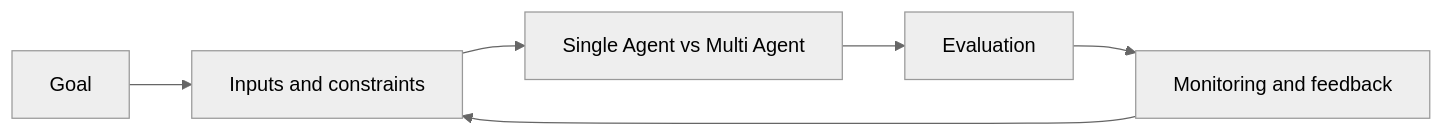
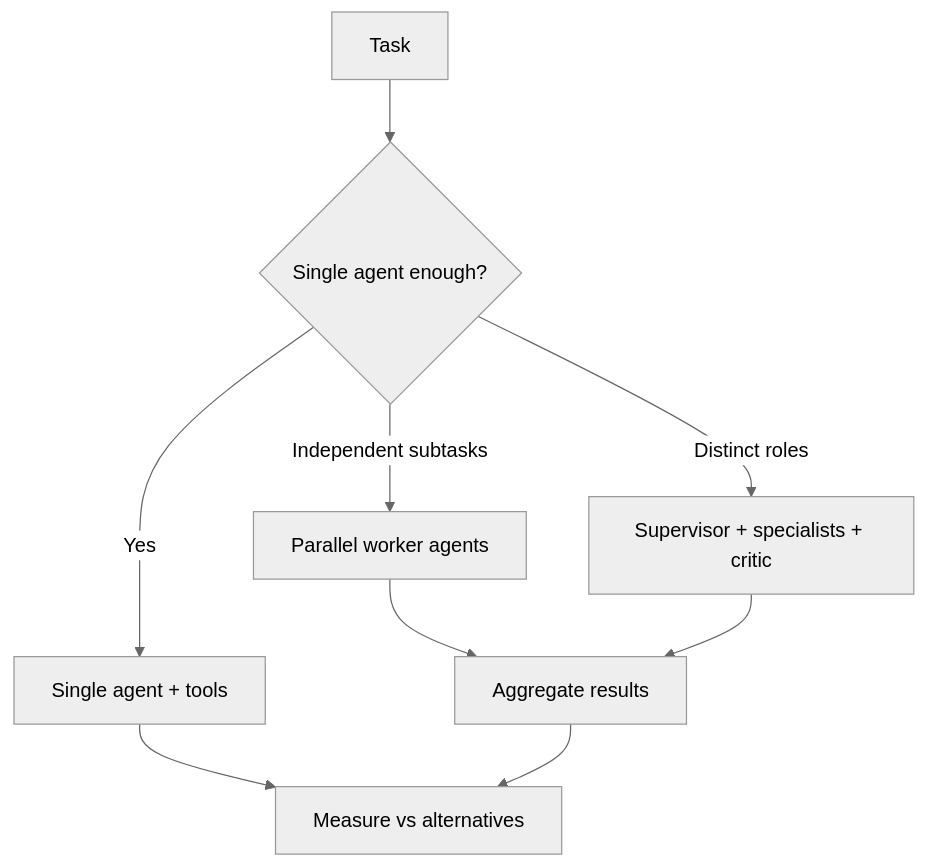
Before and after one commit to Icon1cc/Machine-Learning: the diagram in agents/06-single-agent-vs-multi-agent.md, drawn with Mermaid (neutral theme). The commit also changed other lines of this file and 118 other files, not shown here.

````diff
--- a/agents/06-single-agent-vs-multi-agent.md
+++ b/agents/06-single-agent-vs-multi-agent.md
@@ -93,8 +73,11 @@
 ```mermaid
-flowchart LR
-    A[Goal] --> B[Inputs and constraints]
-    B --> C[Single Agent vs Multi Agent]
-    C --> D[Evaluation]
-    D --> E[Monitoring and feedback]
-    E --> B
+flowchart TD
+    A[Task] --> B{Single agent enough?}
+    B -- Yes --> C[Single agent + tools]
+    B -- Independent subtasks --> D[Parallel worker agents]
+    B -- Distinct roles --> E[Supervisor + specialists + critic]
+    D --> F[Aggregate results]
+    E --> F
+    C --> G[Measure vs alternatives]
+    F --> G
 ```
````
